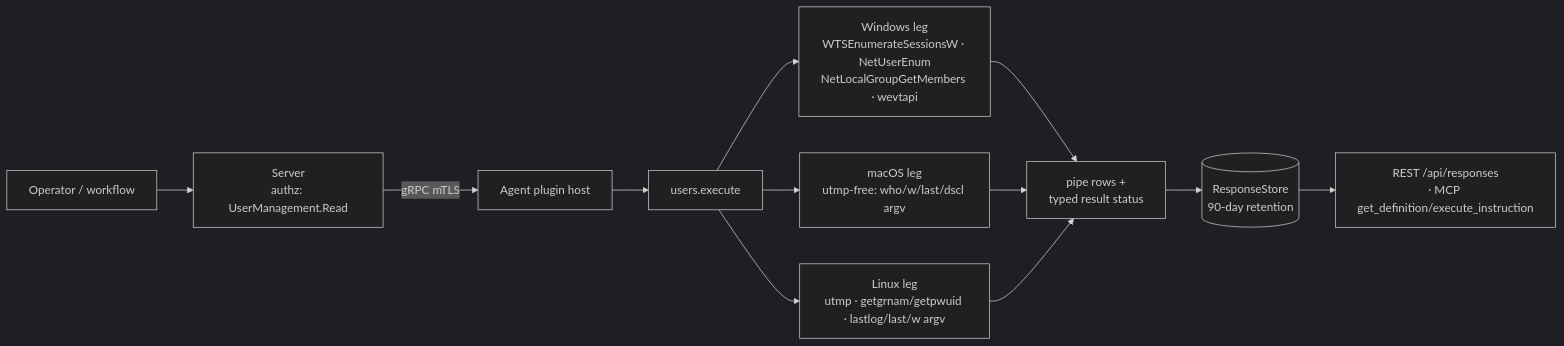
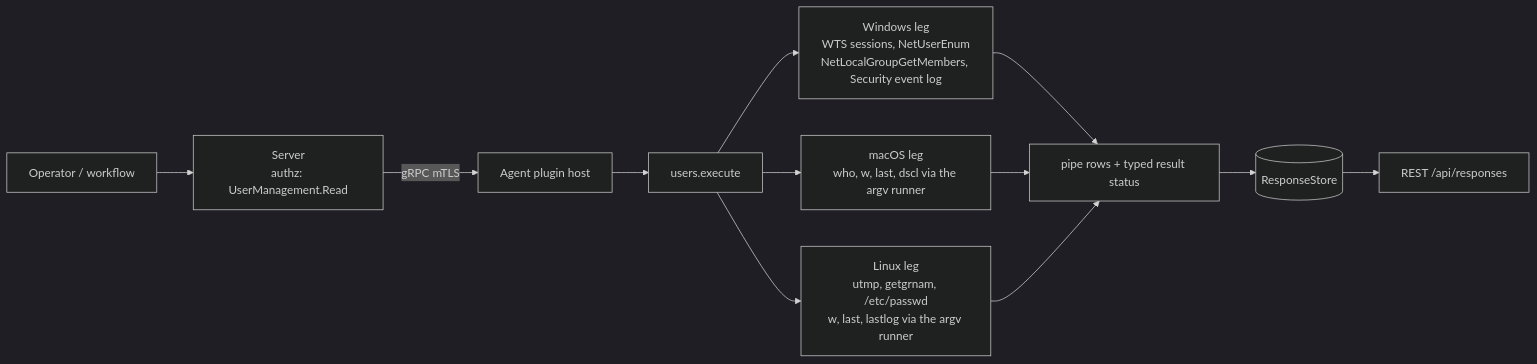
Before and after one commit to DevNullLtd/Yuzu: the first of 3 diagrams in agents/plugins/users/README.md, drawn with Mermaid (dark theme). The commit also changed other lines of this file and 5 other files, not shown here.

````diff
--- a/agents/plugins/users/README.md
+++ b/agents/plugins/users/README.md
@@ -19,10 +19,9 @@
 ```mermaid
 flowchart LR
   OP[Operator / workflow] --> SRV[Server<br/>authz: UserManagement.Read]
   SRV -- gRPC mTLS --> HOST[Agent plugin host] --> EX[users.execute]
-  EX --> WIN[Windows leg<br/>WTSEnumerateSessionsW · NetUserEnum<br/>NetLocalGroupGetMembers · wevtapi]
-  EX --> MAC[macOS leg<br/>utmp-free: who/w/last/dscl argv]
-  EX --> LIN[Linux leg<br/>utmp · getgrnam/getpwuid · lastlog/last/w argv]
-  WIN & MAC & LIN --> ROWS[pipe rows +<br/>typed result status] --> RS[(ResponseStore<br/>90-day retention)]
-  RS --> API[REST /api/responses<br/>· MCP get_definition/execute_instruction]
+  EX --> WIN[Windows leg<br/>WTS sessions, NetUserEnum<br/>NetLocalGroupGetMembers, Security event log]
+  EX --> MAC[macOS leg<br/>who, w, last, dscl via the argv runner]
+  EX --> LIN[Linux leg<br/>utmp, getgrnam, /etc/passwd<br/>w, last, lastlog via the argv runner]
+  WIN & MAC & LIN --> ROWS[pipe rows + typed result status] --> RS[(ResponseStore)] --> API[REST /api/responses]
 ```
````
